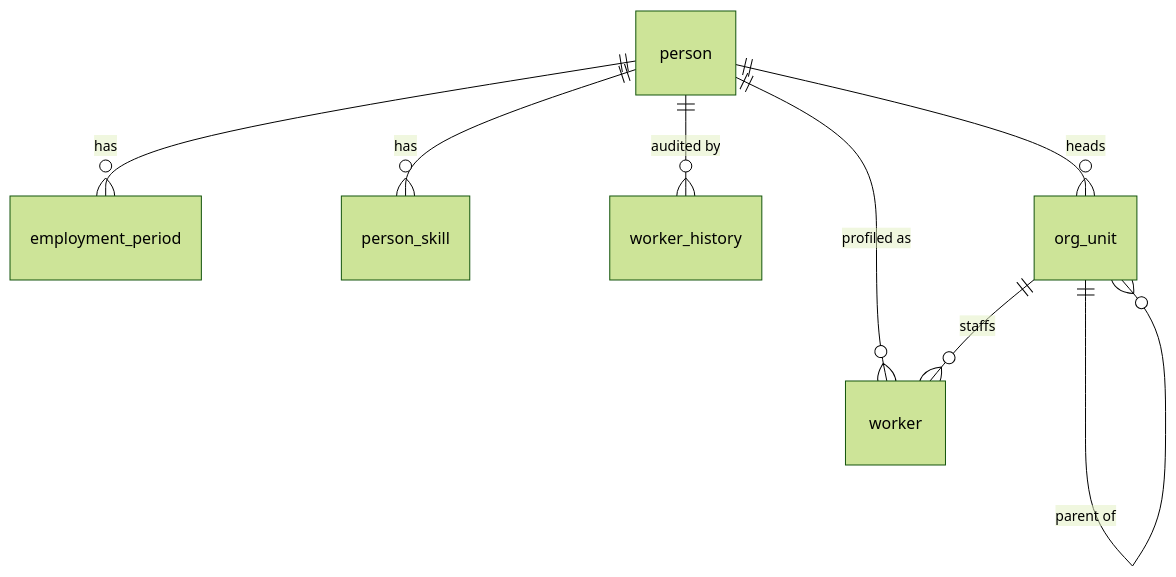
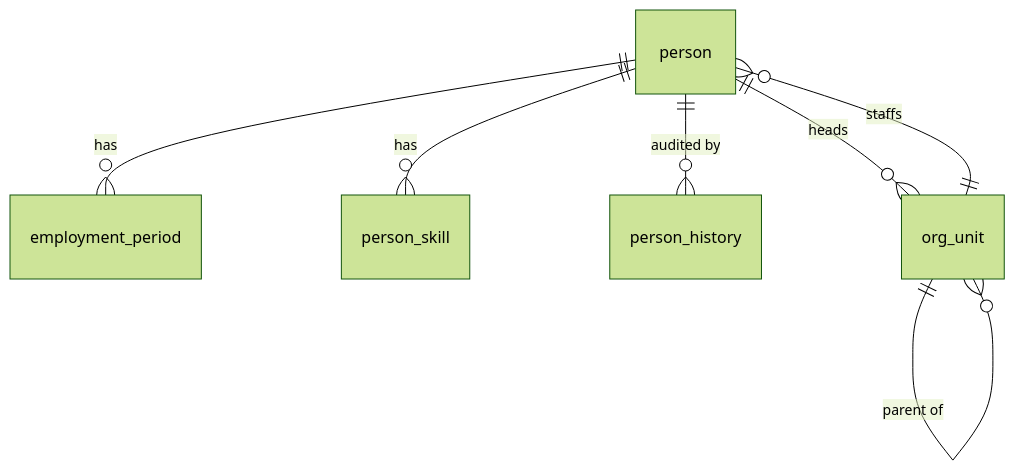
Before and after one commit to Seta-International/agent-platform: the first of 5 diagrams in docs/reference/db-design.md, drawn with Mermaid (forest theme). The commit also changed other lines of this file and 1 other file, not shown here.

````diff
--- a/docs/reference/db-design.md
+++ b/docs/reference/db-design.md
@@ -250,10 +252,9 @@
 ```mermaid
 erDiagram
     person ||--o{ employment_period : "has"
-    person ||--o{ worker : "profiled as"
     person ||--o{ person_skill : "has"
-    person ||--o{ worker_history : "audited by"
-    org_unit ||--o{ worker : "staffs"
+    person ||--o{ person_history : "audited by"
+    org_unit ||--o{ person : "staffs"
     org_unit ||--o{ org_unit : "parent of"
     person ||--o{ org_unit : "heads"
 ```
````
